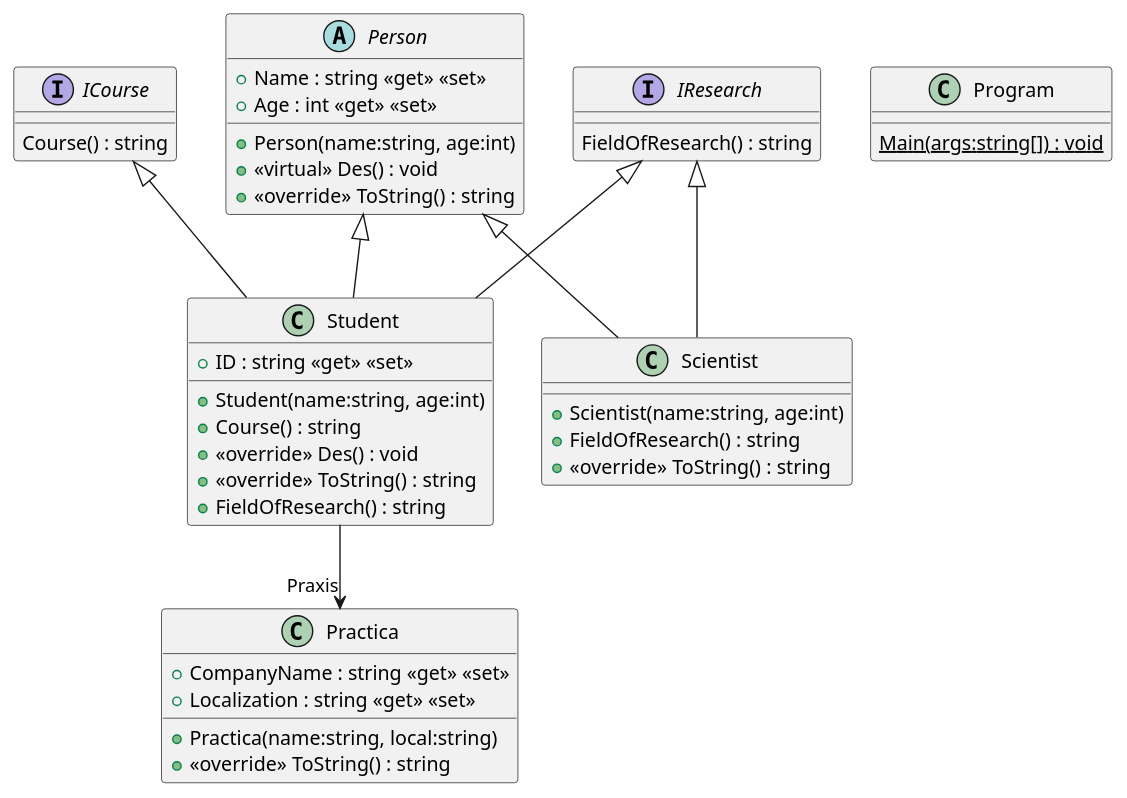
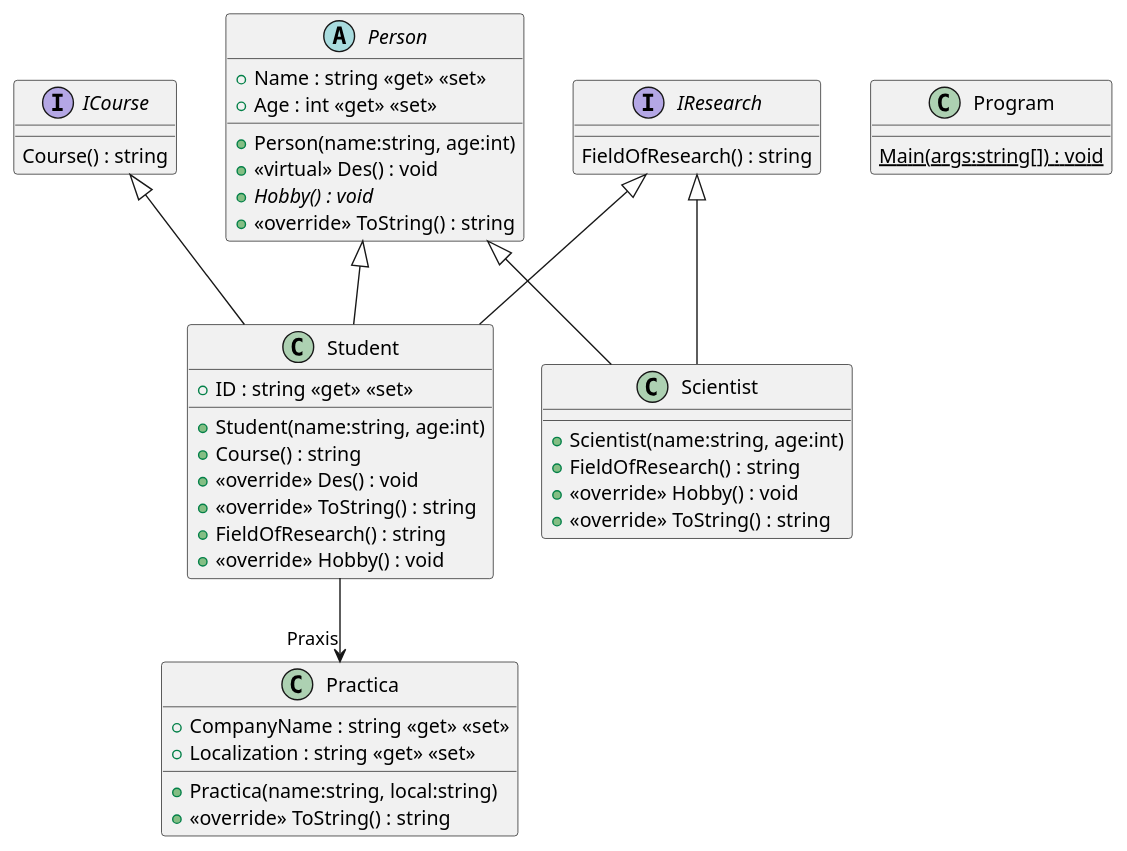
Before and after one commit to mmachel/Basics: the diagram in TestUML/include.puml, drawn with PlantUML.

Commit message:
Add new version of plantUML file

```diff
--- a/TestUML/include.puml
+++ b/TestUML/include.puml
@@ -1,43 +1,46 @@
 @startuml
 interface ICourse {
     Course() : string
 }
 interface IResearch {
     FieldOfResearch() : string
 }
 abstract class Person {
     + Name : string <<get>> <<set>>
     + Age : int <<get>> <<set>>
     + Person(name:string, age:int)
     + <<virtual>> Des() : void
+    + {abstract} Hobby() : void
     + <<override>> ToString() : string
 }
 class Practica {
     + CompanyName : string <<get>> <<set>>
     + Localization : string <<get>> <<set>>
     + Practica(name:string, local:string)
     + <<override>> ToString() : string
 }
 class Student {
     + ID : string <<get>> <<set>>
     + Student(name:string, age:int)
     + Course() : string
     + <<override>> Des() : void
     + <<override>> ToString() : string
     + FieldOfResearch() : string
+    + <<override>> Hobby() : void
 }
 class Scientist {
     + Scientist(name:string, age:int)
     + FieldOfResearch() : string
+    + <<override>> Hobby() : void
     + <<override>> ToString() : string
 }
 class Program {
     {static} Main(args:string[]) : void
 }
 Person <|-- Student
 ICourse <|-- Student
 IResearch <|-- Student
 Student --> "Praxis" Practica
 Person <|-- Scientist
 IResearch <|-- Scientist
 @enduml
```
